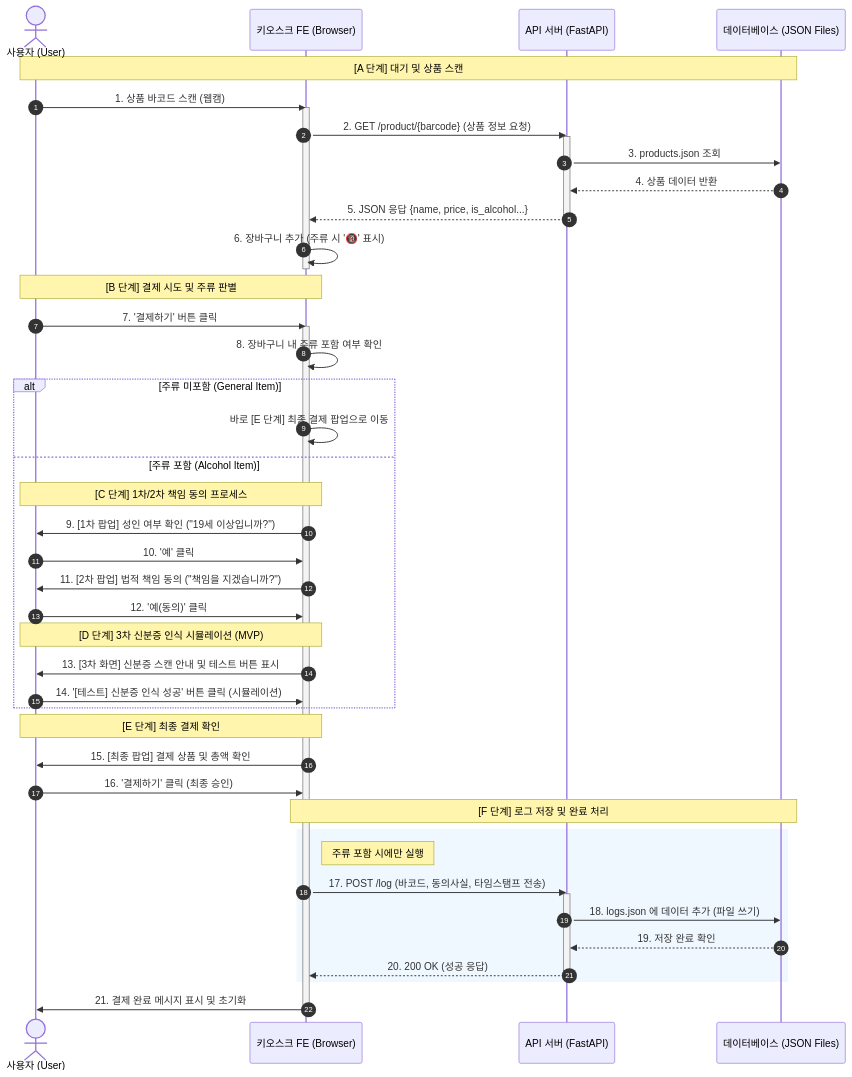
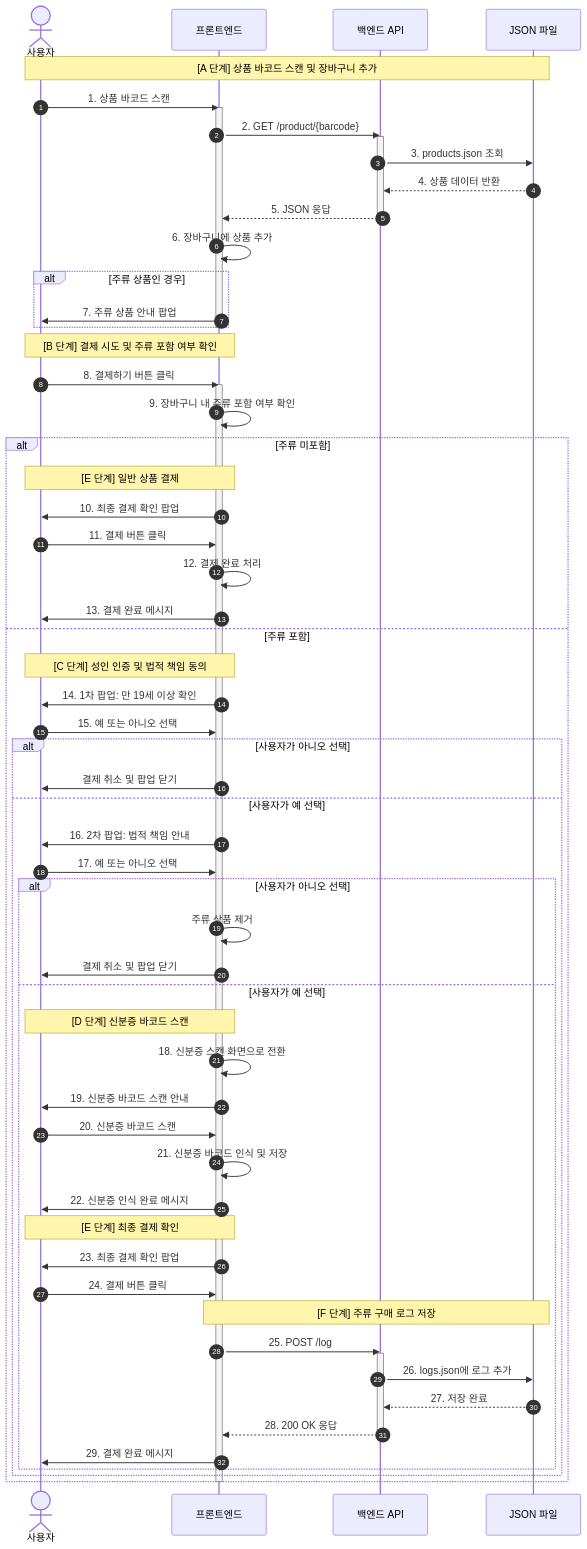
The diagram in docs/Sequence_Diagram.mmd (ooyoo80/Codyssey_Term_Project), drawn with Mermaid before and after one commit. The commit also changed other lines of this file and 5 other files, not shown here.

```diff
--- a/docs/Sequence_Diagram.mmd
+++ b/docs/Sequence_Diagram.mmd
@@ -1,55 +1,72 @@
 sequenceDiagram
     autonumber
-    actor User as 사용자 (User)
-    participant FE as 키오스크 FE (Browser)
-    participant BE as API 서버 (FastAPI)
-    participant DB as 데이터베이스 (JSON Files)
+    actor User as 사용자
+    participant FE as 프론트엔드
+    participant BE as 백엔드 API
+    participant JSON as JSON 파일
 
-    Note over User, DB: [A 단계] 대기 및 상품 스캔
-    User->>FE: 1. 상품 바코드 스캔 (웹캠)
+    Note over User, JSON: [A 단계] 상품 바코드 스캔 및 장바구니 추가
+    User->>FE: 1. 상품 바코드 스캔
     activate FE
-    FE->>BE: 2. GET /product/{barcode} (상품 정보 요청)
+    FE->>BE: 2. GET /product/{barcode}
     activate BE
-    BE->>DB: 3. products.json 조회
-    DB-->>BE: 4. 상품 데이터 반환
-    BE-->>FE: 5. JSON 응답 {name, price, is_alcohol...}
+    BE->>JSON: 3. products.json 조회
+    JSON-->>BE: 4. 상품 데이터 반환
+    BE-->>FE: 5. JSON 응답
     deactivate BE
-    FE->>FE: 6. 장바구니 추가 (주류 시 '🔞' 표시)
+    FE->>FE: 6. 장바구니에 상품 추가
+    alt 주류 상품인 경우
+        FE->>User: 7. 주류 상품 안내 팝업
+    end
     deactivate FE
 
-    Note over User, FE: [B 단계] 결제 시도 및 주류 판별
-    User->>FE: 7. '결제하기' 버튼 클릭
+    Note over User, FE: [B 단계] 결제 시도 및 주류 포함 여부 확인
+    User->>FE: 8. 결제하기 버튼 클릭
     activate FE
-    FE->>FE: 8. 장바구니 내 주류 포함 여부 확인
+    FE->>FE: 9. 장바구니 내 주류 포함 여부 확인
 
-    alt 주류 미포함 (General Item)
-        FE->>FE: 바로 [E 단계] 최종 결제 팝업으로 이동
-    else 주류 포함 (Alcohol Item)
-        Note over User, FE: [C 단계] 1차/2차 책임 동의 프로세스
-        FE->>User: 9. [1차 팝업] 성인 여부 확인 ("19세 이상입니까?")
-        User->>FE: 10. '예' 클릭
-        FE->>User: 11. [2차 팝업] 법적 책임 동의 ("책임을 지겠습니까?")
-        User->>FE: 12. '예(동의)' 클릭
-
-        Note over User, FE: [D 단계] 3차 신분증 인식 시뮬레이션 (MVP)
-        FE->>User: 13. [3차 화면] 신분증 스캔 안내 및 테스트 버튼 표시
-        User->>FE: 14. '[테스트] 신분증 인식 성공' 버튼 클릭 (시뮬레이션)
+    alt 주류 미포함
+        Note over User, FE: [E 단계] 일반 상품 결제
+        FE->>User: 10. 최종 결제 확인 팝업
+        User->>FE: 11. 결제 버튼 클릭
+        FE->>FE: 12. 결제 완료 처리
+        FE->>User: 13. 결제 완료 메시지
+    else 주류 포함
+        Note over User, FE: [C 단계] 성인 인증 및 법적 책임 동의
+        FE->>User: 14. 1차 팝업: 만 19세 이상 확인
+        User->>FE: 15. 예 또는 아니오 선택
+        
+        alt 사용자가 아니오 선택
+            FE->>User: 결제 취소 및 팝업 닫기
+        else 사용자가 예 선택
+            FE->>User: 16. 2차 팝업: 법적 책임 안내
+            User->>FE: 17. 예 또는 아니오 선택
+            
+            alt 사용자가 아니오 선택
+                FE->>FE: 주류 상품 제거
+                FE->>User: 결제 취소 및 팝업 닫기
+            else 사용자가 예 선택
+                Note over User, FE: [D 단계] 신분증 바코드 스캔
+                FE->>FE: 18. 신분증 스캔 화면으로 전환
+                FE->>User: 19. 신분증 바코드 스캔 안내
+                User->>FE: 20. 신분증 바코드 스캔
+                FE->>FE: 21. 신분증 바코드 인식 및 저장
+                FE->>User: 22. 신분증 인식 완료 메시지
+                
+                Note over User, FE: [E 단계] 최종 결제 확인
+                FE->>User: 23. 최종 결제 확인 팝업
+                User->>FE: 24. 결제 버튼 클릭
+                
+                Note over FE, JSON: [F 단계] 주류 구매 로그 저장
+                FE->>BE: 25. POST /log
+                activate BE
+                BE->>JSON: 26. logs.json에 로그 추가
+                JSON-->>BE: 27. 저장 완료
+                BE-->>FE: 28. 200 OK 응답
+                deactivate BE
+                
+                FE->>User: 29. 결제 완료 메시지
+            end
+        end
     end
-    
-    Note over User, FE: [E 단계] 최종 결제 확인
-    FE->>User: 15. [최종 팝업] 결제 상품 및 총액 확인
-    User->>FE: 16. '결제하기' 클릭 (최종 승인)
-
-    Note over FE, DB: [F 단계] 로그 저장 및 완료 처리
-    rect rgb(240, 248, 255)
-    note right of FE: 주류 포함 시에만 실행
-    FE->>BE: 17. POST /log (바코드, 동의사실, 타임스탬프 전송)
-    activate BE
-    BE->>DB: 18. logs.json 에 데이터 추가 (파일 쓰기)
-    DB-->>BE: 19. 저장 완료 확인
-    BE-->>FE: 20. 200 OK (성공 응답)
-    deactivate BE
-    end
-
-    FE->>User: 21. 결제 완료 메시지 표시 및 초기화
     deactivate FE
```
